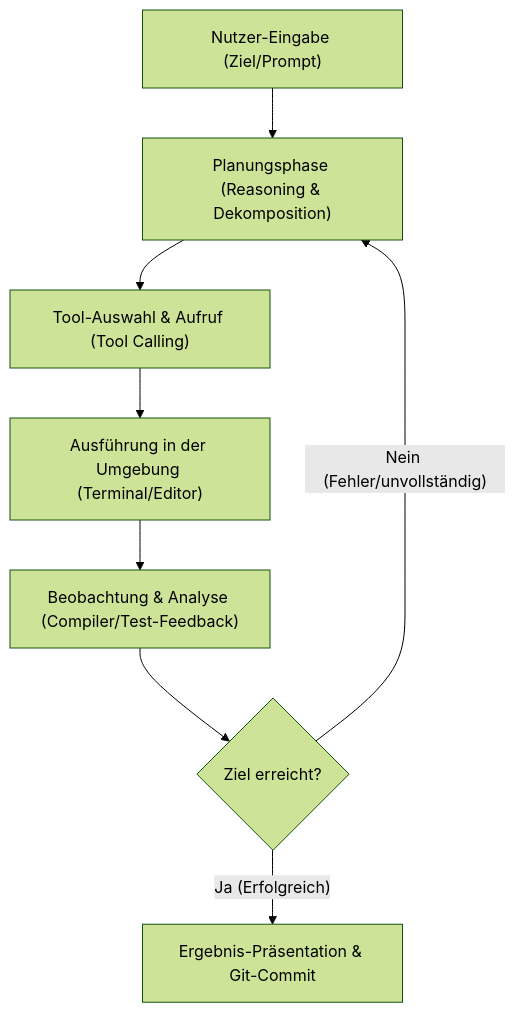
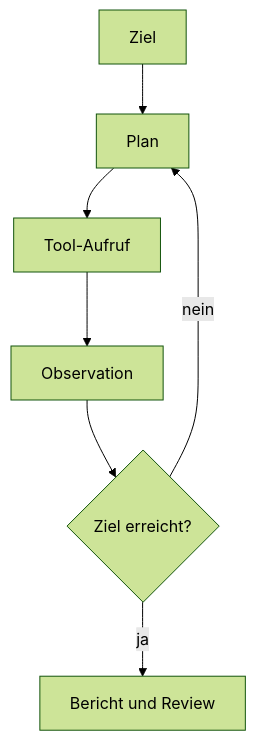
The diagram in 26.md (thorstenkloehn/RustKurs), drawn with Mermaid (forest theme) before and after one commit. The commit also changed other lines of this file and 6 other files, not shown here.

````diff
--- a/26.md
+++ b/26.md
@@ -292,10 +220,9 @@
 ```mermaid
-graph TD
-    A["Nutzer-Eingabe (Ziel/Prompt)"] --> B["Planungsphase (Reasoning & Dekomposition)"]
-    B --> C["Tool-Auswahl & Aufruf (Tool Calling)"]
-    C --> D["Ausführung in der Umgebung (Terminal/Editor)"]
-    D --> E["Beobachtung & Analyse (Compiler/Test-Feedback)"]
-    E --> F{"Ziel erreicht?"}
-    F -- "Nein (Fehler/unvollständig)" --> B
-    F -- "Ja (Erfolgreich)" --> G["Ergebnis-Präsentation & Git-Commit"]
+flowchart TD
+    A[Ziel] --> B[Plan]
+    B --> C[Tool-Aufruf]
+    C --> D[Observation]
+    D --> E{Ziel erreicht?}
+    E -- nein --> B
+    E -- ja --> F[Bericht und Review]
 ```
````
